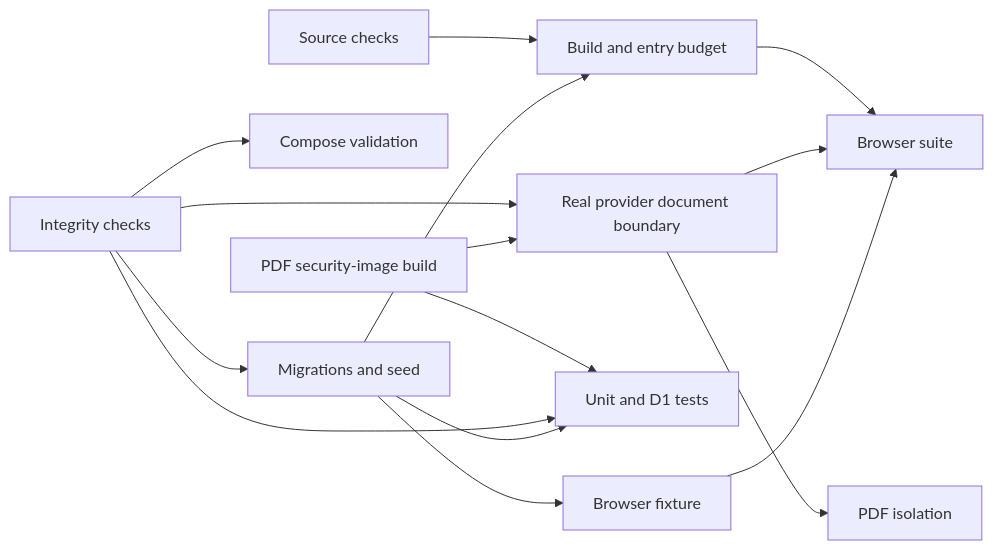
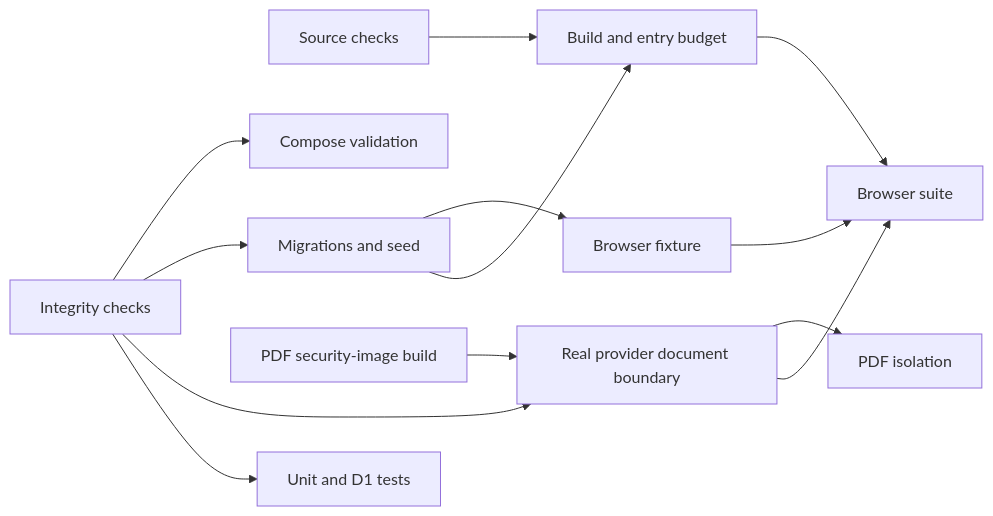
The diagram in docs/engineering/ci-performance.md (cyyapye/keel-fi), drawn with Mermaid before and after one commit. The commit also changed other lines of this file and 5 other files, not shown here.

````diff
--- a/docs/engineering/ci-performance.md
+++ b/docs/engineering/ci-performance.md
@@ -95,17 +95,15 @@
 ```mermaid
 flowchart LR
   source[Source checks] --> build[Build and entry budget]
   integrity[Integrity checks] --> compose[Compose validation]
   integrity --> migrations[Migrations and seed]
   integrity --> provider[Real provider document boundary]
   pdfBuild[PDF security-image build] --> provider
   provider --> pdf[PDF isolation]
-  pdfBuild --> unit[Unit and D1 tests]
-  integrity --> unit
-  migrations --> unit
+  integrity --> unit[Unit and D1 tests]
   migrations --> browserFixture[Browser fixture]
   migrations --> build
   build --> browser[Browser suite]
   provider --> browser
   browserFixture --> browser
 ```
````
